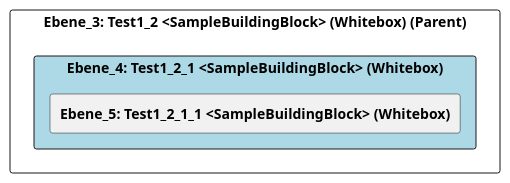
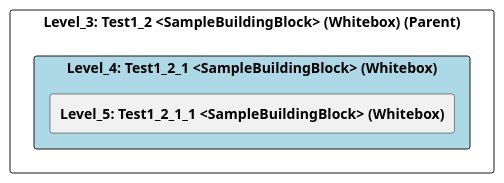
Before and after one commit to marcozwyssig/cleon: the diagram in src/cleon.architecturemethods.arc42.sample/doc/cleon_architecturemethods_arc42_sample_arc42/adoc/de/05_bausteinsicht/chess/test1/test1_2/test1_2_1/ebene_4_test1_2_1.adoc, drawn with PlantUML. The commit also changed other lines of this file and 83 other files, not shown here.

```diff
--- a/src/cleon.architecturemethods.arc42.sample/doc/cleon_architecturemethods_arc42_sample_arc42/adoc/de/05_bausteinsicht/chess/test1/test1_2/test1_2_1/ebene_4_test1_2_1.adoc
+++ b/src/cleon.architecturemethods.arc42.sample/doc/cleon_architecturemethods_arc42_sample_arc42/adoc/de/05_bausteinsicht/chess/test1/test1_2/test1_2_1/ebene_4_test1_2_1.adoc
@@ -20,24 +20,24 @@
-[plantuml, Ebene_4: Test1_2_1 <SampleBuildingBlock> (Whitebox)BlockOverview, format="svg"]
+[plantuml, Level_4: Test1_2_1 <SampleBuildingBlock> (Whitebox)BlockOverview, format="svg"]
 ----
-@startuml Ebene_4: Test1_2_1 <SampleBuildingBlock> (Whitebox)BuildingBlockOverview
+@startuml Level_4: Test1_2_1 <SampleBuildingBlock> (Whitebox)BuildingBlockOverview
 
 skinparam ranksep 10
 skinparam componentStyle rectangle
 skinparam shadowing false
 skinparam arrowColor lightblue
 skinparam arrowThickness 1.2
 skinparam rectangle {
   BackgroundColor White
   BorderColor #333
   RoundCorner 10
 }
 top to bottom direction
 
-component "Ebene_3: Test1_2 <SampleBuildingBlock> (Whitebox) (Parent)" {
-    component "Ebene_4: Test1_2_1 <SampleBuildingBlock> (Whitebox)" #lightblue {
-        [**Ebene_5: Test1_2_1_1 <SampleBuildingBlock> (Whitebox)**] as 7F52B647_D579_11EE_903E_9F564E4DE07E
+component "Level_3: Test1_2 <SampleBuildingBlock> (Whitebox) (Parent)" {
+    component "Level_4: Test1_2_1 <SampleBuildingBlock> (Whitebox)" #lightblue {
+        [**Level_5: Test1_2_1_1 <SampleBuildingBlock> (Whitebox)**] as 7F52B647_D579_11EE_903E_9F564E4DE07E
     }
 }
 
 @enduml
 ----
```
